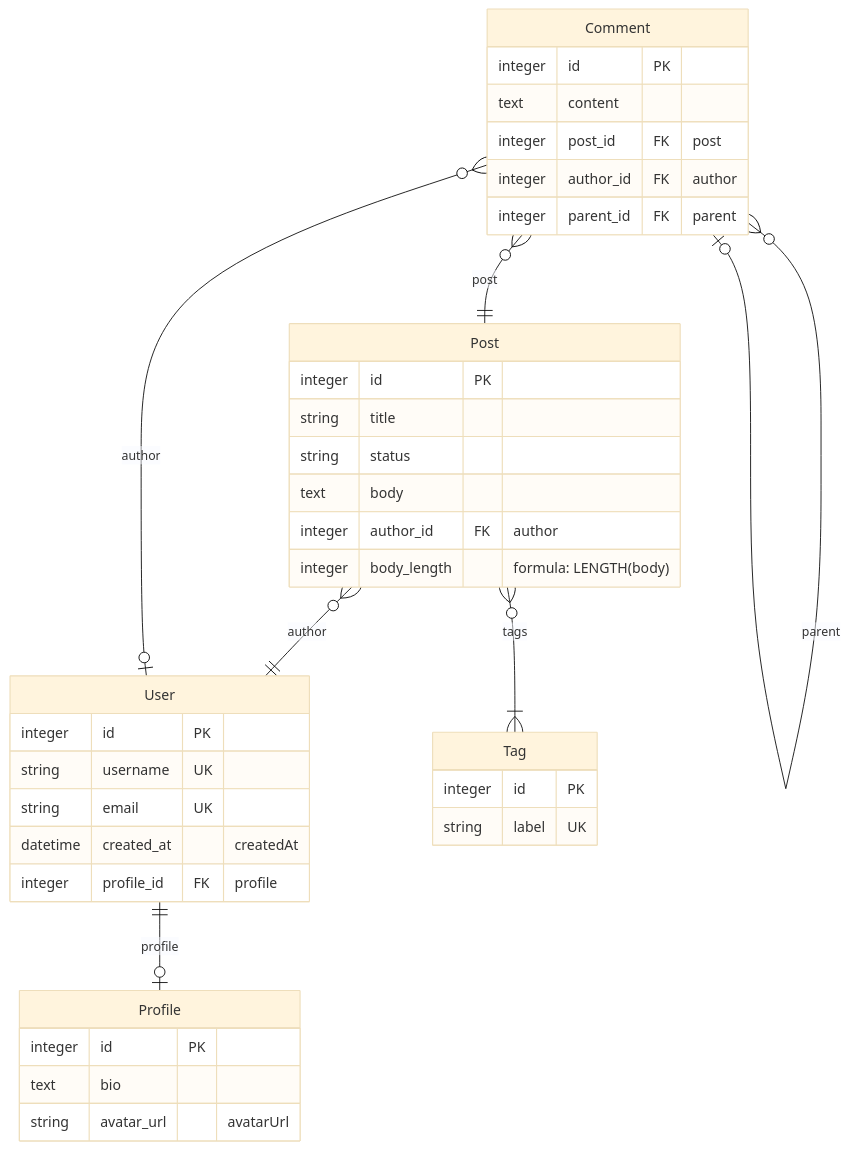
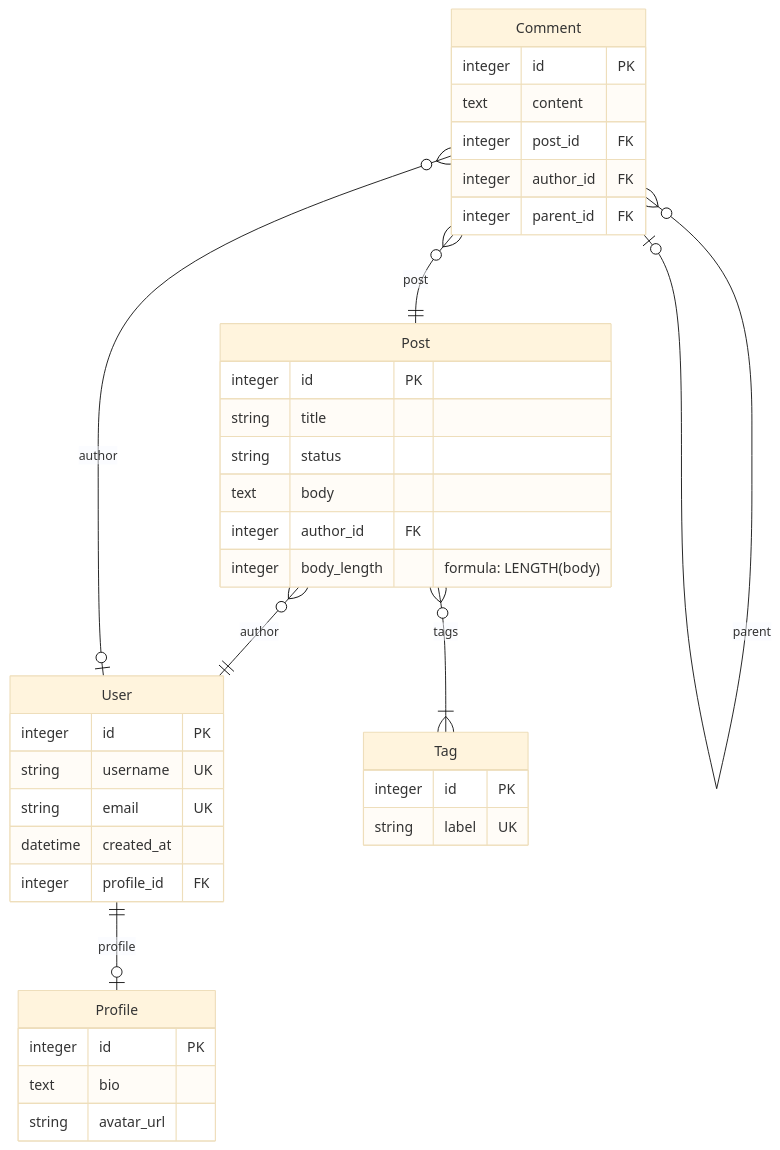
Before and after one commit to iamkanguk97/mikro-orm-markdown: the second of 4 diagrams in examples/ERD.md, drawn with Mermaid (base theme). The commit also changed other lines of this file and 8 other files, not shown here.

First line of the commit message:
feat: add namespace TOC and declutter mermaid columns

````diff
--- a/examples/ERD.md
+++ b/examples/ERD.md
@@ -82,40 +89,40 @@
 ```mermaid
 erDiagram
   User {
     integer id PK
     string username UK
     string email UK
-    datetime created_at "createdAt"
-    integer profile_id FK "profile"
+    datetime created_at
+    integer profile_id FK
   }
   Tag {
     integer id PK
     string label UK
   }
   Profile {
     integer id PK
     text bio
-    string avatar_url "avatarUrl"
+    string avatar_url
   }
   Post {
     integer id PK
     string title
     string status
     text body
-    integer author_id FK "author"
+    integer author_id FK
     integer body_length "formula: LENGTH(body)"
   }
   Comment {
     integer id PK
     text content
-    integer post_id FK "post"
-    integer author_id FK "author"
-    integer parent_id FK "parent"
+    integer post_id FK
+    integer author_id FK
+    integer parent_id FK
   }
   User ||--o| Profile : "profile"
   Post }o--|| User : "author"
   Post }o--|{ Tag : "tags"
   Comment }o--|| Post : "post"
   Comment }o--o| User : "author"
   Comment }o--o| Comment : "parent"
 ```
````
